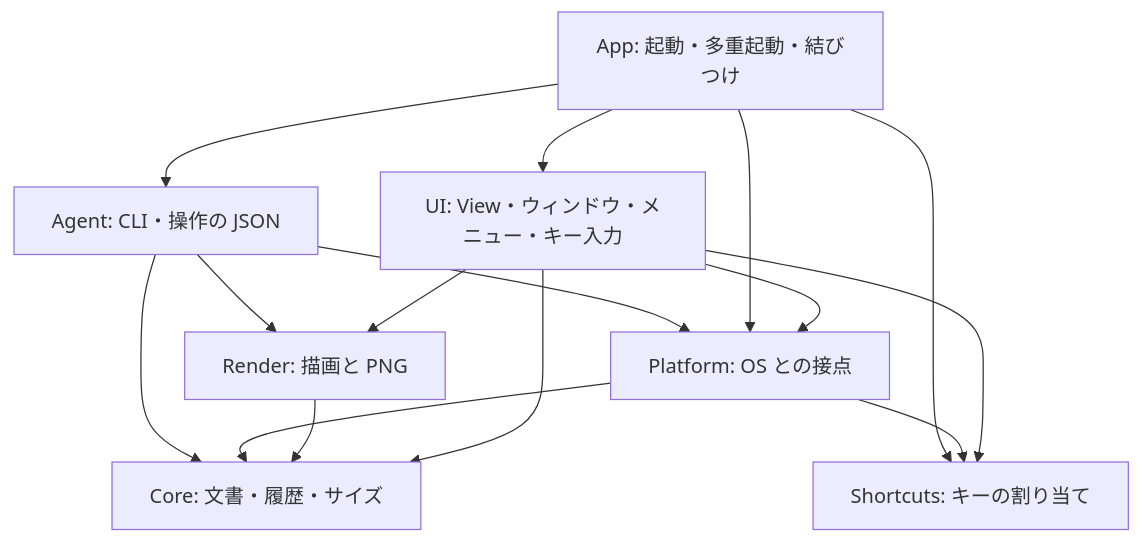
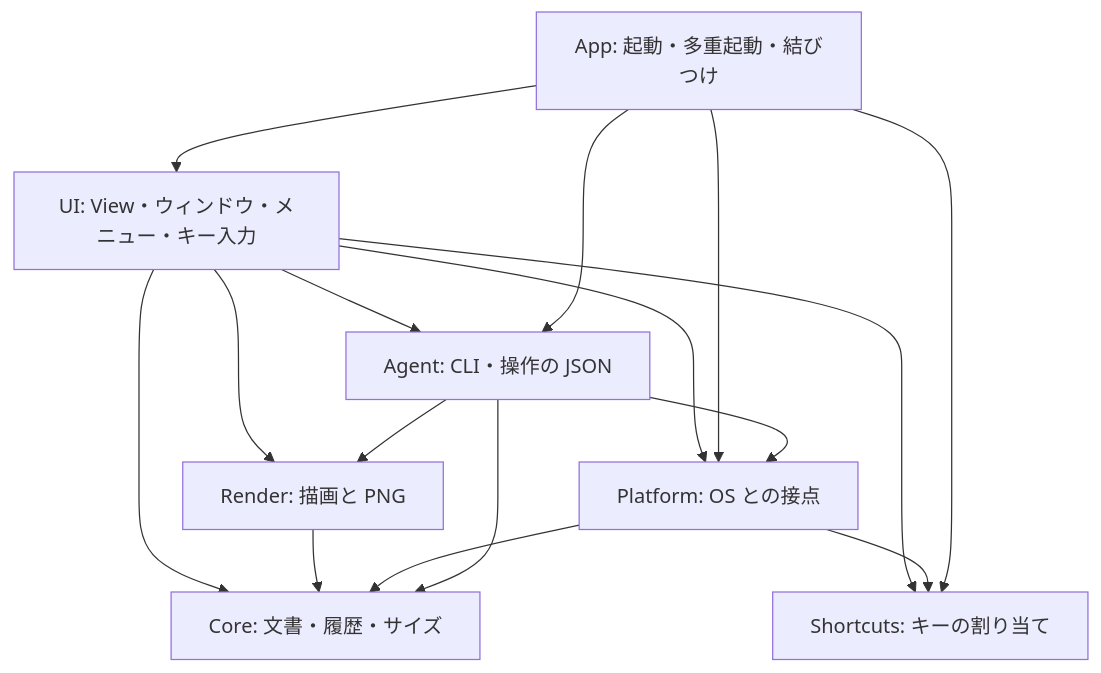
The diagram in docs/architecture.md (takemo101/shortnote), drawn with Mermaid before and after one commit. The commit also changed other lines of this file and 20 other files, not shown here.

````diff
--- a/docs/architecture.md
+++ b/docs/architecture.md
@@ -17,17 +17,18 @@
 ```mermaid
 flowchart TD
     UI[UI: View・ウィンドウ・メニュー・キー入力] --> Render[Render: 描画と PNG]
     UI --> Platform[Platform: OS との接点]
     UI --> Core
     UI --> Shortcuts[Shortcuts: キーの割り当て]
+    UI --> Agent
     Render --> Core[Core: 文書・履歴・サイズ]
     Platform --> Core
     Platform --> Shortcuts
     App[App: 起動・多重起動・結びつけ] --> UI
     App --> Platform
     App --> Shortcuts
     App --> Agent[Agent: CLI・操作の JSON]
     Agent --> Render
     Agent --> Platform
     Agent --> Core
 ```
````
